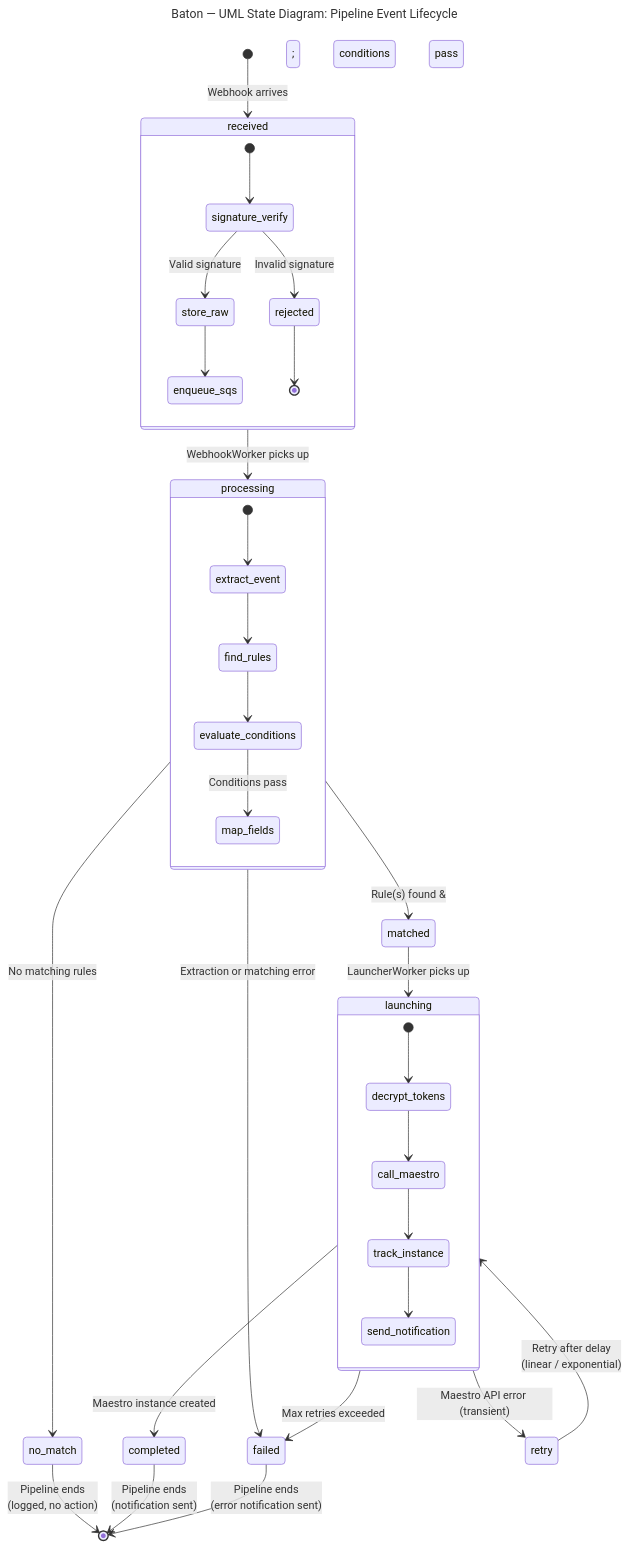
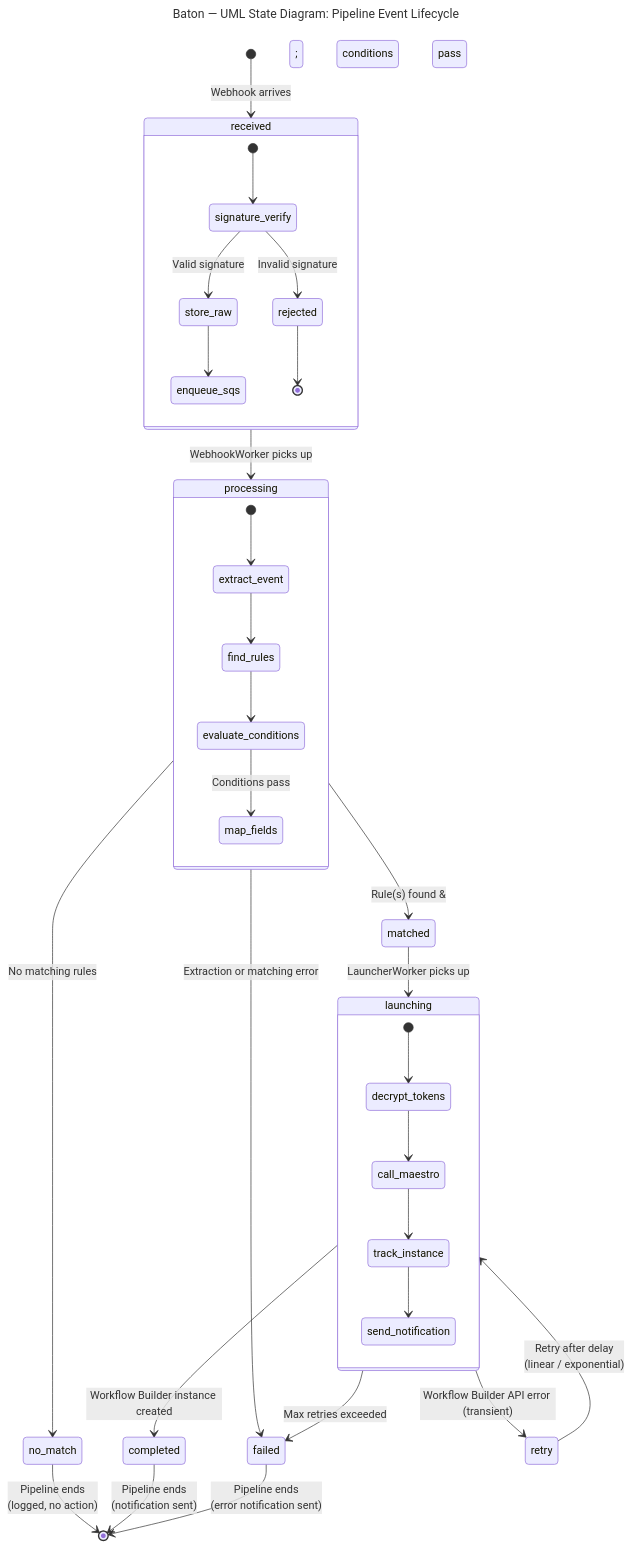
One commit to docufluidlabs/baton-core changed the diagram in baton/docs/uml-state-pipeline.mermaid. Above: the diagram before and after it, drawn with Mermaid. The commit also changed 100 other files, not shown here.

```diff
--- a/baton/docs/uml-state-pipeline.mermaid
+++ b/baton/docs/uml-state-pipeline.mermaid
@@ -1,43 +1,43 @@
 ---
 title: "Baton — UML State Diagram: Pipeline Event Lifecycle"
 ---
 stateDiagram-v2
     [*] --> received : Webhook arrives
 
     received --> processing : WebhookWorker picks up
     processing --> matched : Rule(s) found &amp; conditions pass
     processing --> no_match : No matching rules
     processing --> failed : Extraction or matching error
 
     matched --> launching : LauncherWorker picks up
-    launching --> completed : Maestro instance created
-    launching --> retry : Maestro API error (transient)
+    launching --> completed : Workflow Builder instance created
+    launching --> retry : Workflow Builder API error (transient)
     launching --> failed : Max retries exceeded
 
     retry --> launching : Retry after delay<br/>(linear / exponential)
 
     no_match --> [*] : Pipeline ends<br/>(logged, no action)
     completed --> [*] : Pipeline ends<br/>(notification sent)
     failed --> [*] : Pipeline ends<br/>(error notification sent)
 
     state received {
         [*] --> signature_verify
         signature_verify --> store_raw : Valid signature
         signature_verify --> rejected : Invalid signature
         store_raw --> enqueue_sqs
         rejected --> [*]
     }
 
     state processing {
         [*] --> extract_event
         extract_event --> find_rules
         find_rules --> evaluate_conditions
         evaluate_conditions --> map_fields : Conditions pass
     }
 
     state launching {
         [*] --> decrypt_tokens
         decrypt_tokens --> call_maestro
         call_maestro --> track_instance
         track_instance --> send_notification
     }
```
